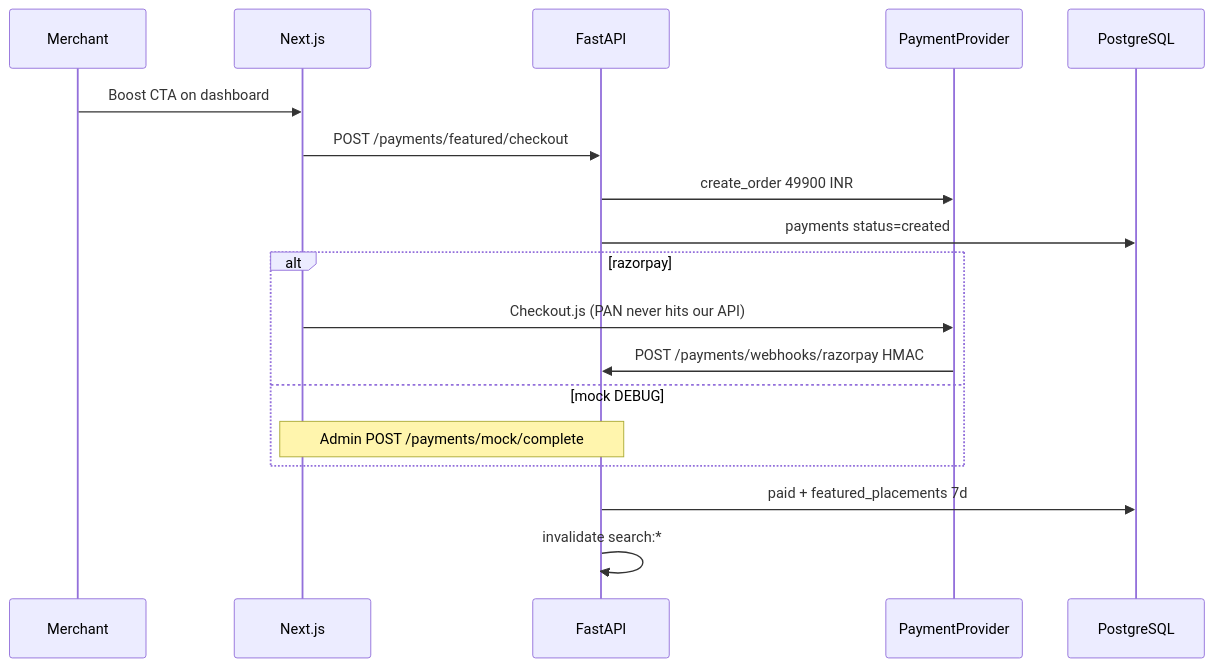
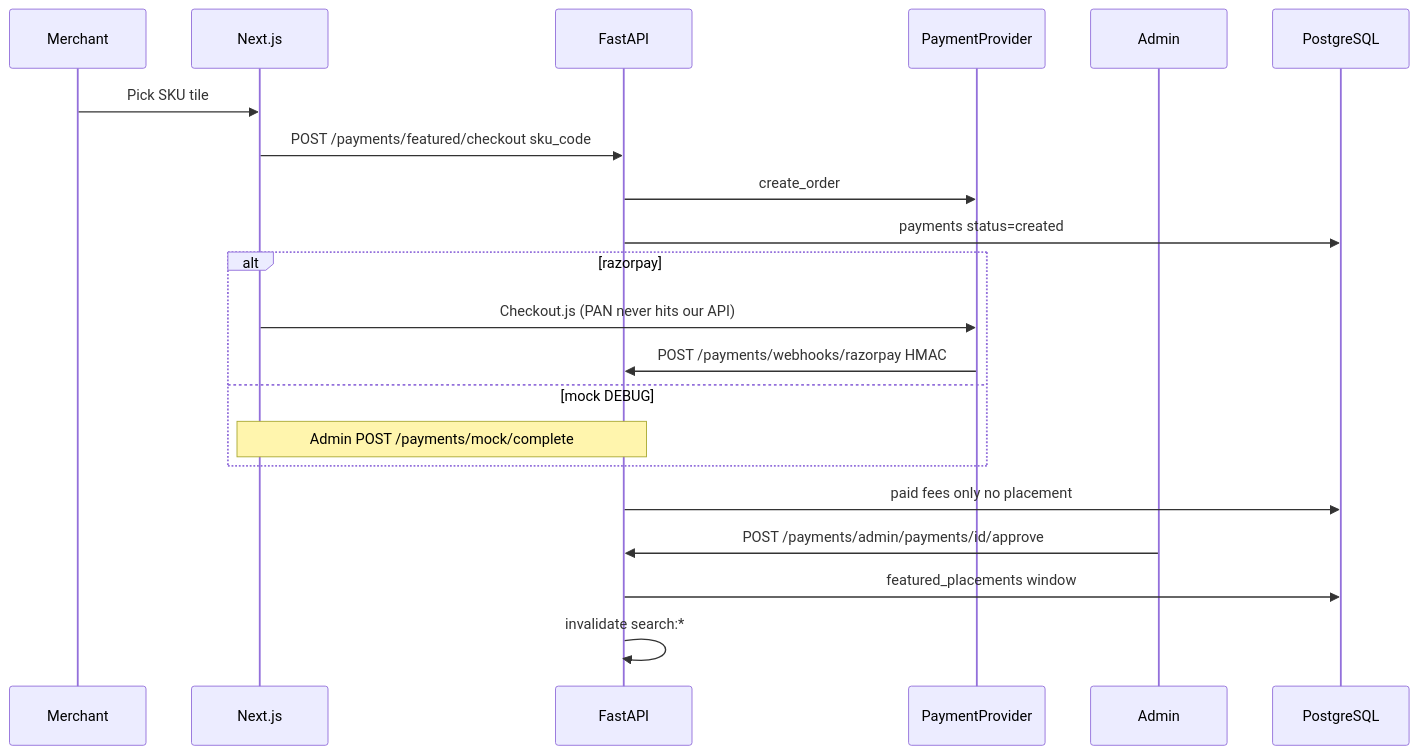
One commit to krishnaviswa/MEngPlat changed the ninth of 21 diagrams in README.md. Above: the diagram before and after it, drawn with Mermaid. The commit also changed other lines of this file and 90 other files, not shown here.

````diff
--- a/README.md
+++ b/README.md
@@ -681,21 +682,24 @@
 ```mermaid
 sequenceDiagram
     participant Merchant
     participant Web as Next.js
     participant API as FastAPI
     participant Pay as PaymentProvider
+    participant Admin
     participant DB as PostgreSQL
 
-    Merchant->>Web: Boost CTA on dashboard
-    Web->>API: POST /payments/featured/checkout
-    API->>Pay: create_order 49900 INR
+    Merchant->>Web: Pick SKU tile
+    Web->>API: POST /payments/featured/checkout sku_code
+    API->>Pay: create_order
     API->>DB: payments status=created
     alt razorpay
         Web->>Pay: Checkout.js (PAN never hits our API)
         Pay->>API: POST /payments/webhooks/razorpay HMAC
     else mock DEBUG
         Note over Web,API: Admin POST /payments/mock/complete
     end
-    API->>DB: paid + featured_placements 7d
+    API->>DB: paid fees only no placement
+    Admin->>API: POST /payments/admin/payments/id/approve
+    API->>DB: featured_placements window
     API->>API: invalidate search:*
 ```
````
